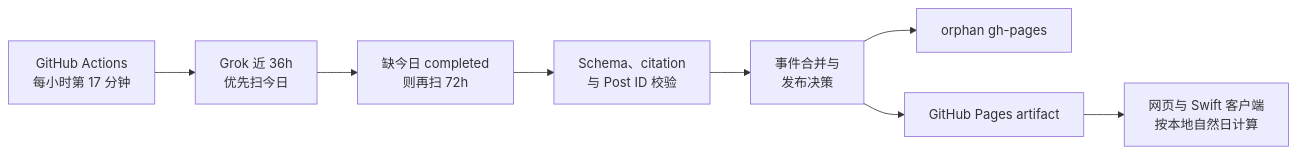
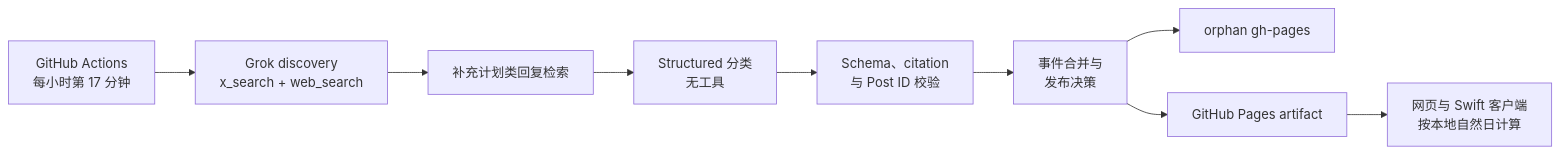
One commit to Licoy/CodexRunway changed the diagram in api/hasreset/README.md. Above: the diagram before and after it, drawn with Mermaid. The commit also changed other lines of this file and 11 other files, not shown here.

````diff
--- a/api/hasreset/README.md
+++ b/api/hasreset/README.md
@@ -13,10 +13,11 @@
 ```mermaid
 flowchart LR
-    schedule["GitHub Actions<br/>每小时第 17 分钟"] --> recent["Grok 近 36h<br/>优先扫今日"]
-    recent --> backfill["缺今日 completed<br/>则再扫 72h"]
-    backfill --> verify["Schema、citation<br/>与 Post ID 校验"]
+    schedule["GitHub Actions<br/>每小时第 17 分钟"] --> discover["Grok discovery<br/>x_search + web_search"]
+    discover --> replies["补充计划类回复检索"]
+    replies --> classify["Structured 分类<br/>无工具"]
+    classify --> verify["Schema、citation<br/>与 Post ID 校验"]
     verify --> state["事件合并与<br/>发布决策"]
     state --> branch["orphan gh-pages"]
     state --> pages["GitHub Pages artifact"]
     pages --> clients["网页与 Swift 客户端<br/>按本地自然日计算"]
 ```
````
